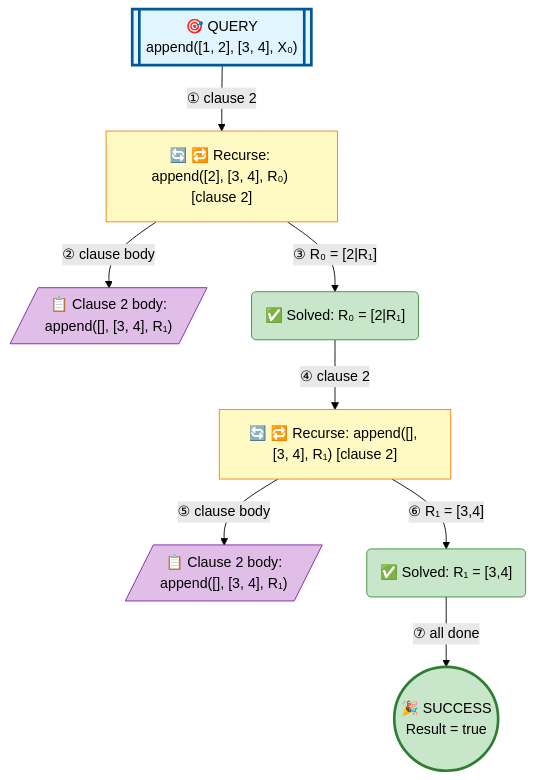
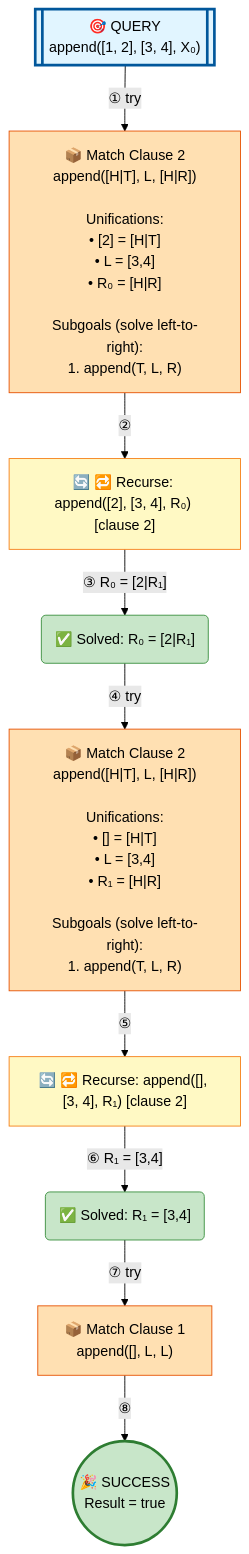
Before and after one commit to jarecsni/prolog-trace-viz: the diagram in examples/append-detailed.md, drawn with Mermaid (forest theme). The commit also changed other lines of this file and 3 other files, not shown here.

````diff
--- a/examples/append-detailed.md
+++ b/examples/append-detailed.md
@@ -16,32 +16,35 @@
 ```mermaid
 graph TD
 
 %% Nodes
 A[["🎯 QUERY<br/>append([1, 2], [3, 4], X₀)"]]
 B["🔄 🔁 Recurse: append([2], [3, 4], R₀) [clause 2]"]
-C[/"📋 Clause 2 body:<br/>append([], [3, 4], R₁)"/]
+C["📦 Match Clause 2<br/>append([H|T], L, [H|R])<br/><br/>Unifications:<br/>• [2] = [H|T]<br/>• L = [3,4]<br/>• R₀ = [H|R]<br/><br/>Subgoals (solve left-to-right):<br/>1. append(T, L, R)"]
 D("✅ Solved: R₀ = [2|R₁]")
 E["🔄 🔁 Recurse: append([], [3, 4], R₁) [clause 2]"]
-F[/"📋 Clause 2 body:<br/>append([], [3, 4], R₁)"/]
+F["📦 Match Clause 2<br/>append([H|T], L, [H|R])<br/><br/>Unifications:<br/>• [] = [H|T]<br/>• L = [3,4]<br/>• R₁ = [H|R]<br/><br/>Subgoals (solve left-to-right):<br/>1. append(T, L, R)"]
 G("✅ Solved: R₁ = [3,4]")
 H(("🎉 SUCCESS<br/>Result = true"))
+I["📦 Match Clause 1<br/>append([], L, L)"]
 
 %% Edges
-A -->|"① clause 2"| B
-B -->|"② clause body"| C
+A -->|"① try"| C
+C -->|"②"| B
 B -->|"③ R₀ = [2|R₁]"| D
-D -->|"④ clause 2"| E
-E -->|"⑤ clause body"| F
+D -->|"④ try"| F
+F -->|"⑤"| E
 E -->|"⑥ R₁ = [3,4]"| G
-G -->|"⑦ all done"| H
+G -->|"⑦ try"| I
+I -->|"⑧"| H
 
 %% Styles
 style A fill:#e1f5ff,stroke:#01579b,stroke-width:3px
 style B fill:#fff9c4,stroke:#f57f17
-style C fill:#e1bee7,stroke:#7b1fa2
+style C fill:#ffe0b2,stroke:#e65100
 style D fill:#c8e6c9,stroke:#388e3c
 style E fill:#fff9c4,stroke:#f57f17
-style F fill:#e1bee7,stroke:#7b1fa2
+style F fill:#ffe0b2,stroke:#e65100
 style G fill:#c8e6c9,stroke:#388e3c
 style H fill:#c8e6c9,stroke:#2e7d32,stroke-width:3px
+style I fill:#ffe0b2,stroke:#e65100
 ```
````
